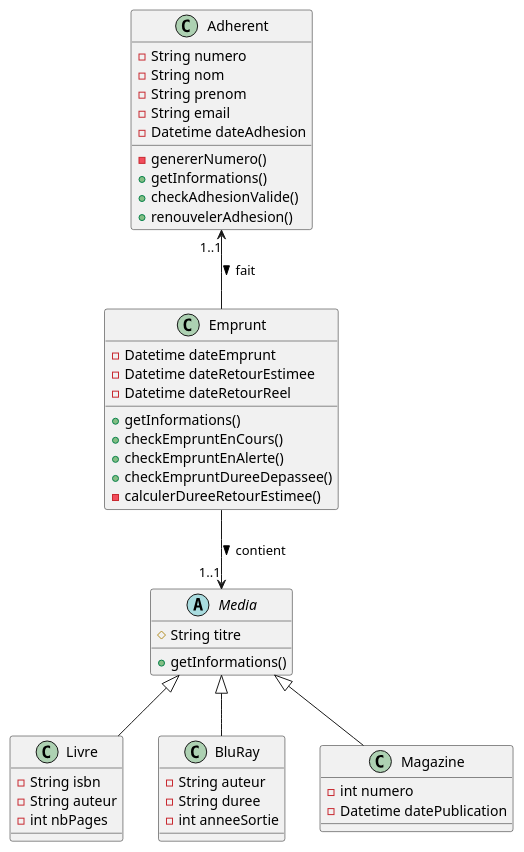
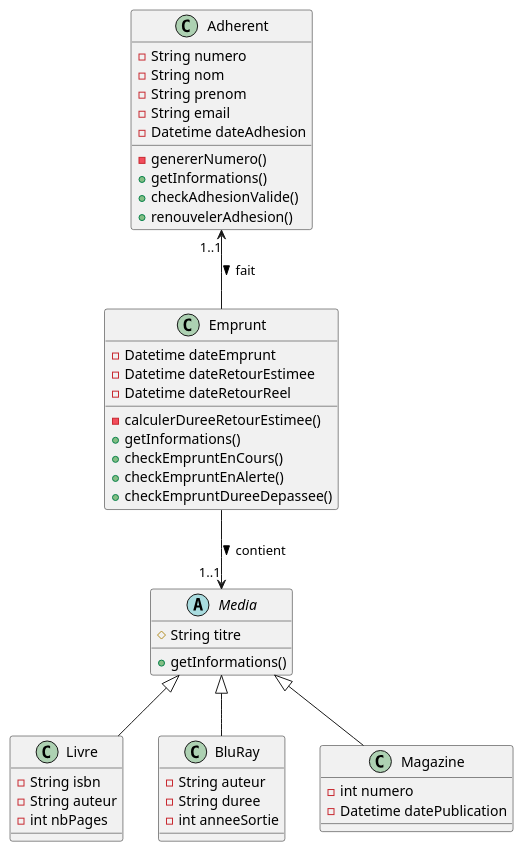
The diagram in documentation/bibliotheque.puml (Nekute/php_bibliotheque), drawn with PlantUML before and after one commit. The commit also changed other lines of this file and 4 other files, not shown here.

```diff
--- a/documentation/bibliotheque.puml
+++ b/documentation/bibliotheque.puml
@@ -1,50 +1,50 @@
 @startuml
 abstract class Media{
     #String titre
     +getInformations()
 }
 class Livre {
     -String isbn
     -String auteur
     -int nbPages
 }
 class BluRay{
     -String auteur
     -String duree
     -int anneeSortie
 }
 class Magazine{
     -int numero
     -Datetime datePublication
 }
 
 class Adherent{
     -String numero
     -String nom
     -String prenom
     -String email
     -Datetime dateAdhesion
     -genererNumero()
     +getInformations()
     +checkAdhesionValide()
     +renouvelerAdhesion()
 }
 class Emprunt{
     -Datetime dateEmprunt
     -Datetime dateRetourEstimee
     -Datetime dateRetourReel
+    -calculerDureeRetourEstimee()
     +getInformations()
     +checkEmpruntEnCours()
     +checkEmpruntEnAlerte()
     +checkEmpruntDureeDepassee()
-    -calculerDureeRetourEstimee()
 
 }
 Media <|-- Livre
 Media <|-- BluRay
 Media <|-- Magazine
 
 Adherent "1..1" <-- Emprunt : fait >
 Emprunt --> "1..1" Media : contient >
 
 @enduml
```
